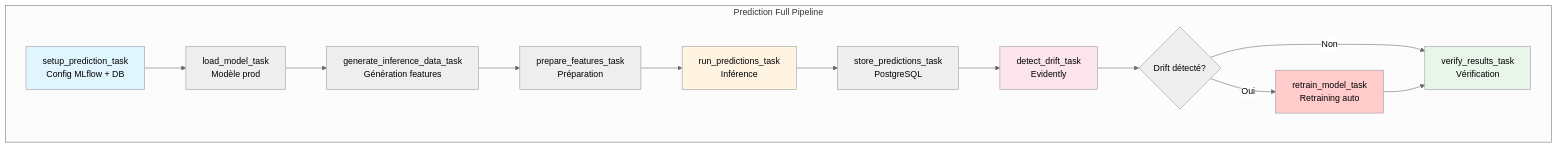
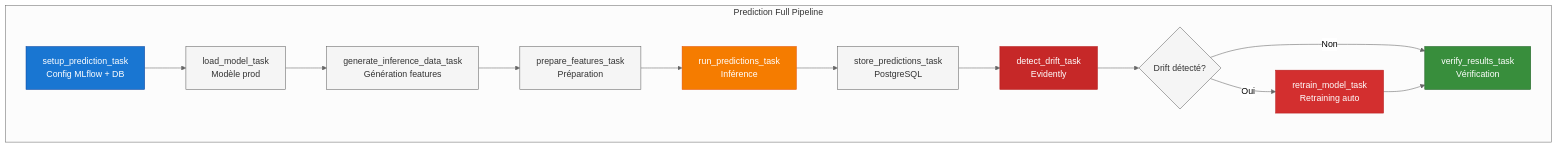
Before and after one commit to jinsudai/jinsudai: the eighth of 21 diagrams in docs/ARCHITECTURE_MLOPS.md, drawn with Mermaid (neutral theme). The commit also changed other lines of this file and 9 other files, not shown here.

````diff
--- a/docs/ARCHITECTURE_MLOPS.md
+++ b/docs/ARCHITECTURE_MLOPS.md
@@ -300,21 +339,28 @@
 ```mermaid
 flowchart TD
+    classDef setup fill:#1976D2,stroke:#0D47A1,color:#fff
+    classDef inference fill:#F57C00,stroke:#E65100,color:#fff
+    classDef monitoring fill:#C62828,stroke:#B71C1C,color:#fff
+    classDef retraining fill:#D32F2F,stroke:#B71C1C,color:#fff
+    classDef verification fill:#388E3C,stroke:#1B5E20,color:#fff
+    classDef default fill:#f5f5f5,stroke:#666,color:#333
+
     subgraph "Prediction Full Pipeline"
         A[setup_prediction_task<br/>Config MLflow + DB] --> B[load_model_task<br/>Modèle prod]
         B --> C[generate_inference_data_task<br/>Génération features]
         C --> D[prepare_features_task<br/>Préparation]
         D --> E[run_predictions_task<br/>Inférence]
         E --> F[store_predictions_task<br/>PostgreSQL]
         F --> G[detect_drift_task<br/>Evidently]
         G --> H{Drift détecté?}
         H -->|Oui| I[retrain_model_task<br/>Retraining auto]
         H -->|Non| J[verify_results_task<br/>Vérification]
         I --> J
     end
-    
-    style A fill:#e1f5ff
-    style E fill:#fff4e1
-    style G fill:#fce4ec
-    style I fill:#ffcccb
-    style J fill:#e8f5e9
+
+    class A setup
+    class E inference
+    class G monitoring
+    class I retraining
+    class J verification
 ```
````
